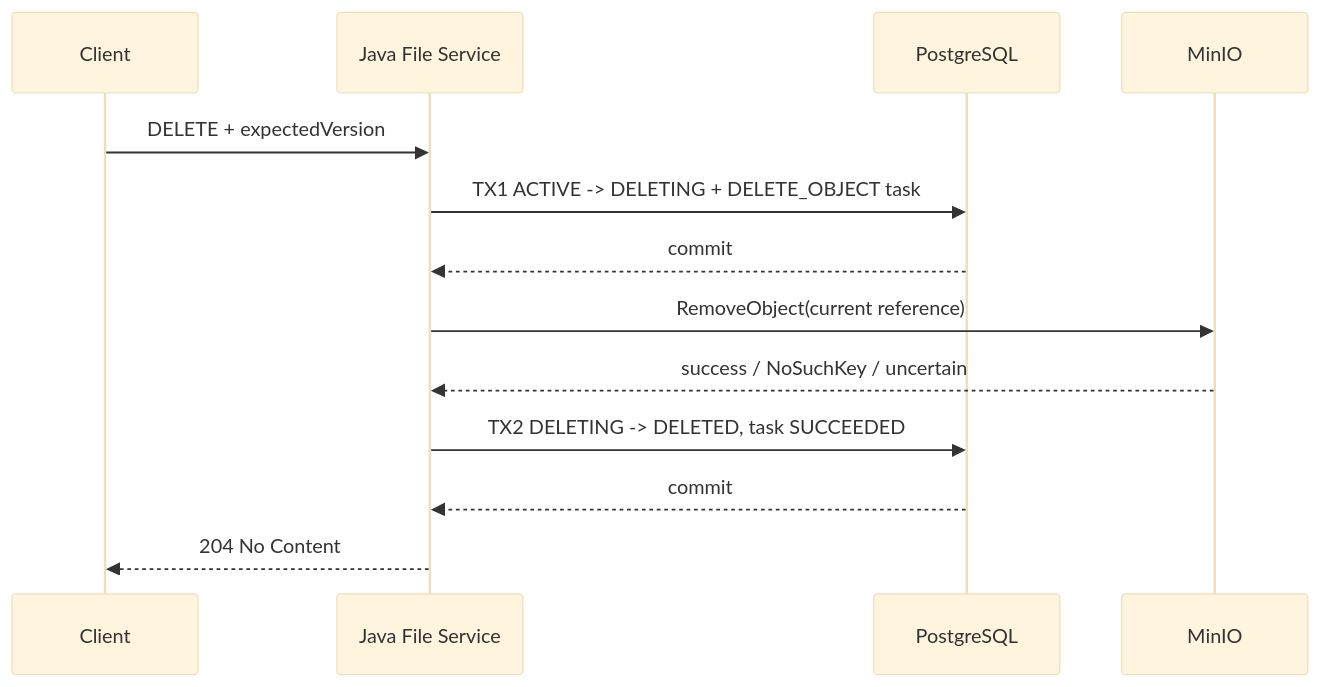
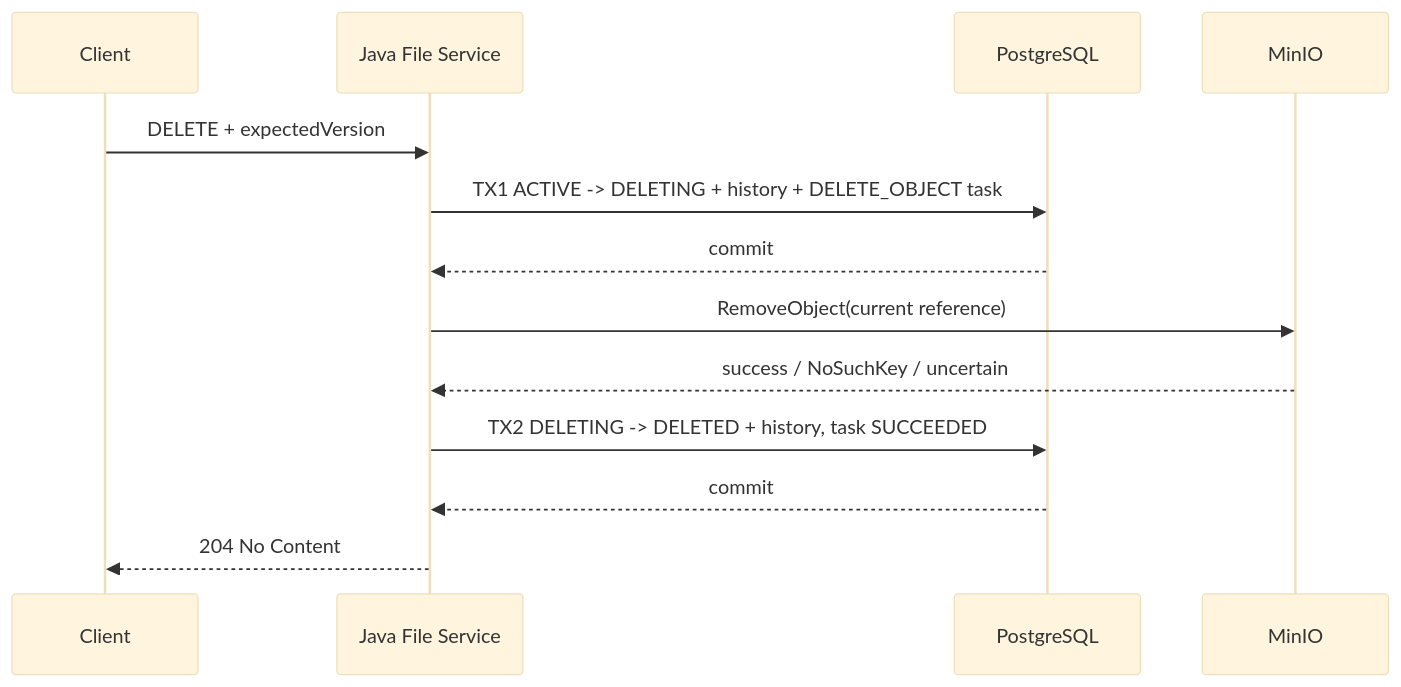
Before and after one commit to crudboy008/file-center-service: the fourth of 4 diagrams in docs/V0.1.0/lld/LLD-002-数据库与MinIO一致性设计.md, drawn with Mermaid (base theme). The commit also changed other lines of this file and 34 other files, not shown here.

````diff
--- a/docs/V0.1.0/lld/LLD-002-数据库与MinIO一致性设计.md
+++ b/docs/V0.1.0/lld/LLD-002-数据库与MinIO一致性设计.md
@@ -234,15 +260,15 @@
 ```mermaid
 sequenceDiagram
     participant C as Client
     participant J as Java File Service
     participant D as PostgreSQL
     participant M as MinIO
     C->>J: DELETE + expectedVersion
-    J->>D: TX1 ACTIVE -> DELETING + DELETE_OBJECT task
+    J->>D: TX1 ACTIVE -> DELETING + history + DELETE_OBJECT task
     D-->>J: commit
     J->>M: RemoveObject(current reference)
     M-->>J: success / NoSuchKey / uncertain
-    J->>D: TX2 DELETING -> DELETED, task SUCCEEDED
+    J->>D: TX2 DELETING -> DELETED + history, task SUCCEEDED
     D-->>J: commit
     J-->>C: 204 No Content
 ```
````
